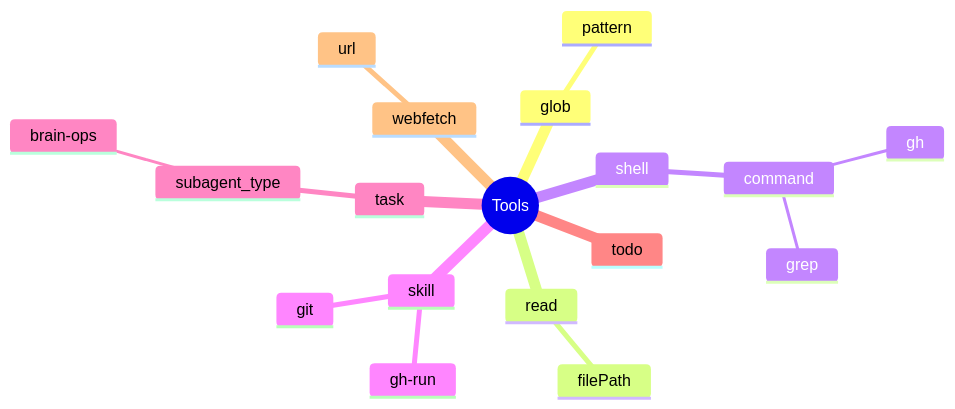
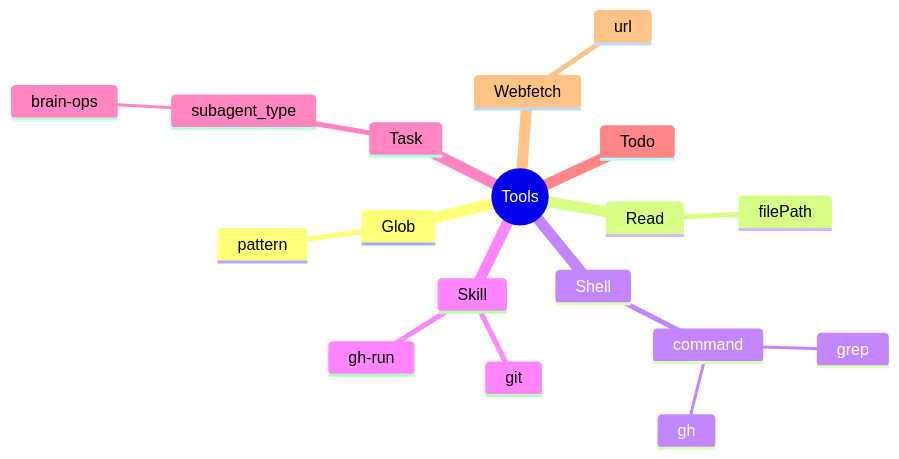
The third of 10 diagrams in agent-log-analysis/SKILL.md (Cogni-AI-OU/cogni-ai-agent-skills), drawn with Mermaid before and after one commit. The commit also changed other lines of this file, not shown here.

````diff
--- a/agent-log-analysis/SKILL.md
+++ b/agent-log-analysis/SKILL.md
@@ -143,21 +143,21 @@
 ```mermaid
 mindmap
   root((Tools))
-    glob
+    Glob
       pattern
-    read
+    Read
       filePath
-    shell
+    Shell
       command
         gh
         grep
-    skill
+    Skill
       gh-run
       git
-    task
+    Task
       subagent_type
         brain-ops
-    todo
-    webfetch
+    Todo
+    Webfetch
       url
 ```
````
